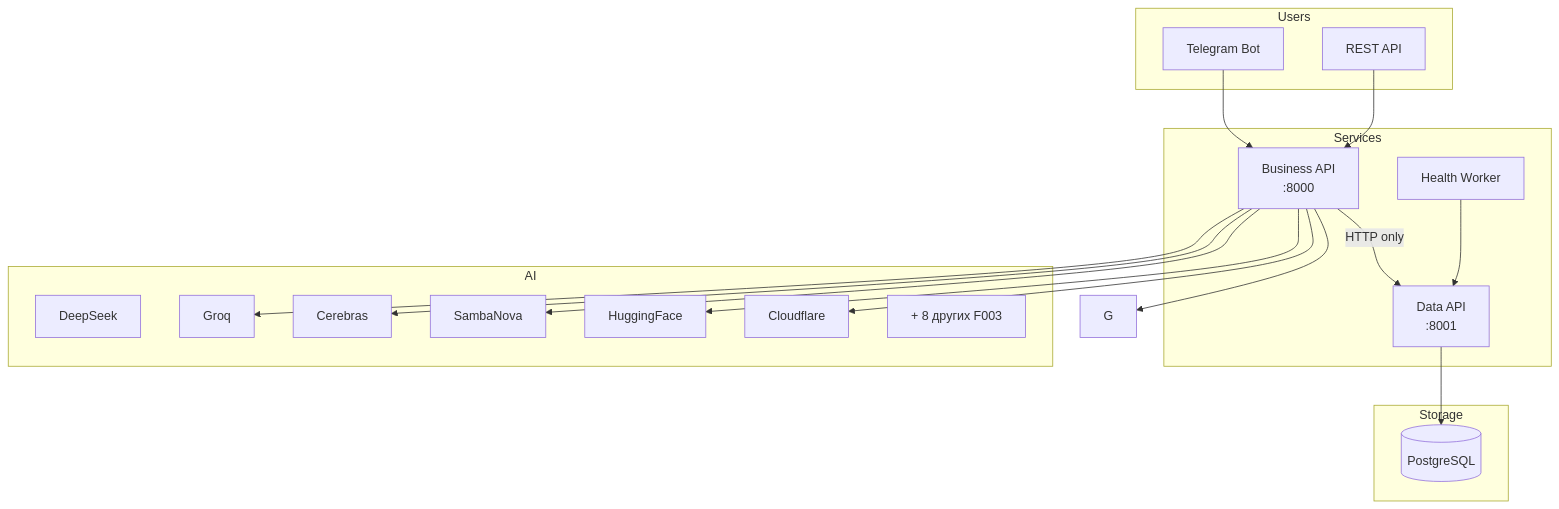
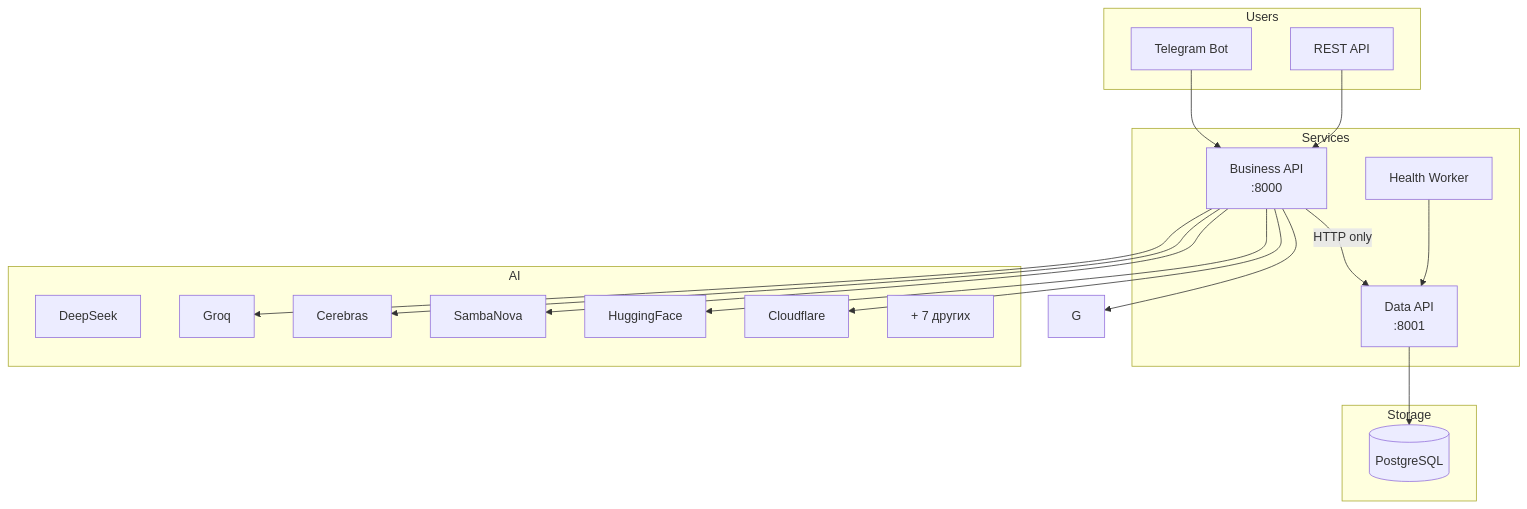
One commit to bgs2509/free-ai-selector changed the diagram in docs/project/overview.md. Above: the diagram before and after it, drawn with Mermaid. The commit also changed other lines of this file and 11 other files, not shown here.

````diff
--- a/docs/project/overview.md
+++ b/docs/project/overview.md
@@ -52,34 +52,34 @@
 ```mermaid
 graph TB
     subgraph Users
         TG[Telegram Bot]
         API[REST API]
     end
 
     subgraph Services
         BA[Business API<br/>:8000]
         DA[Data API<br/>:8001]
         HW[Health Worker]
     end
 
     subgraph AI
         DS[DeepSeek]
         GR[Groq]
         C[Cerebras]
         S[SambaNova]
         H[HuggingFace]
         CF[Cloudflare]
-        Others[+ 8 других F003]
+        Others[+ 7 других]
     end
 
     subgraph Storage
         PG[(PostgreSQL)]
     end
 
     TG --> BA
     API --> BA
     BA -->|HTTP only| DA
     HW --> DA
     DA --> PG
     BA --> G & GR & C & S & H & CF
 ```
````
